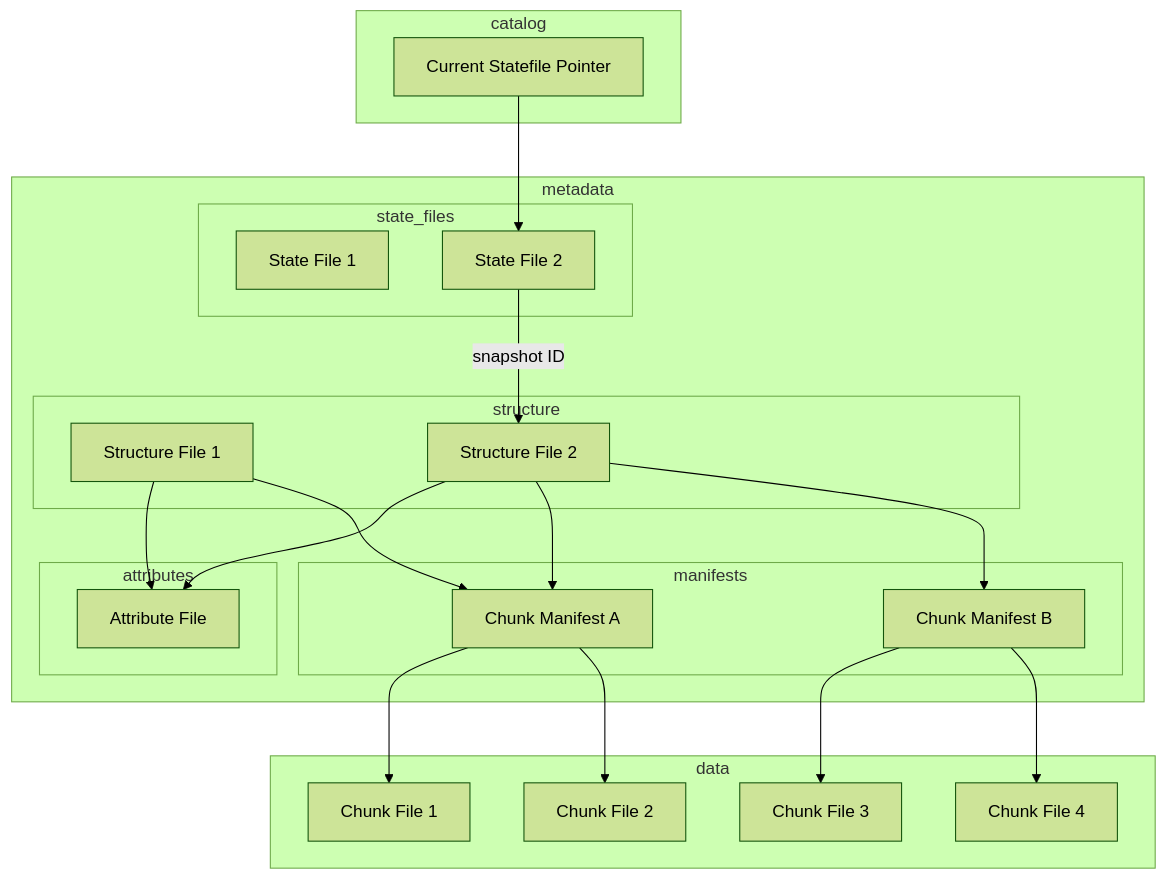
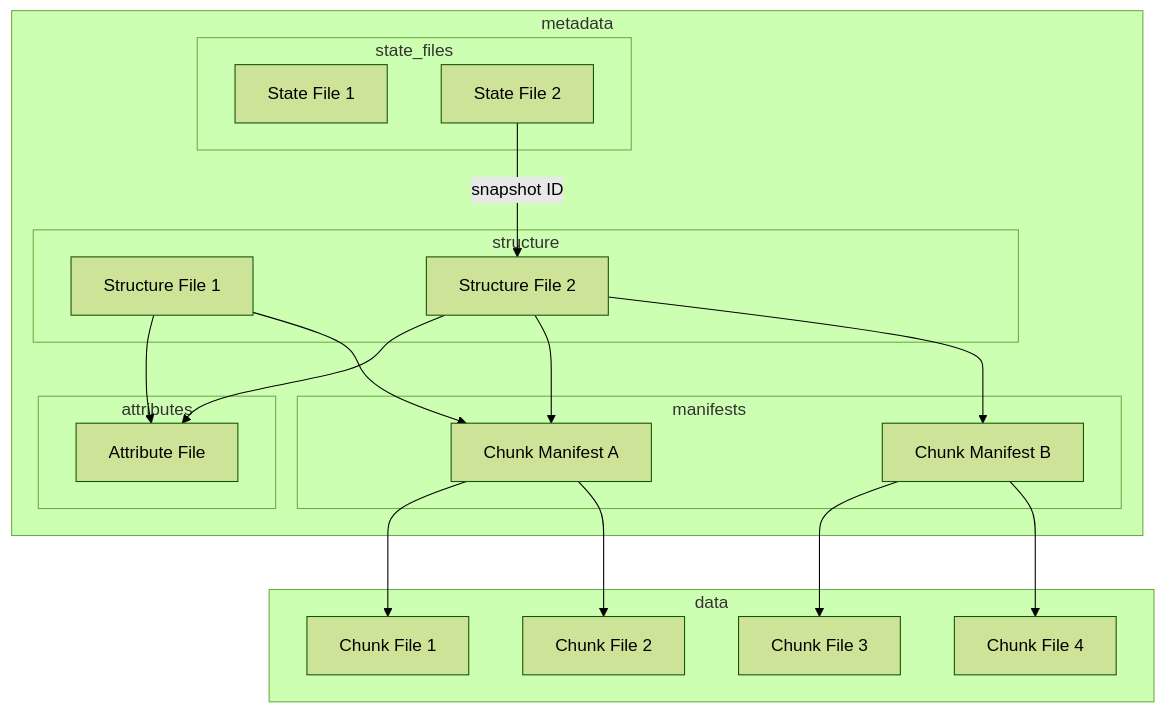
The diagram in spec/icechunk_spec.md (earth-mover/icechunk), drawn with Mermaid (forest theme) before and after one commit. The commit also changed other lines of this file, not shown here.

Commit message:
remove catalog

````diff
--- a/spec/icechunk_spec.md
+++ b/spec/icechunk_spec.md
@@ -65,42 +66,38 @@
 ```mermaid
 flowchart TD
-    subgraph catalog
-    cat_pointer[Current Statefile Pointer]
-    end
     subgraph metadata
     subgraph state_files
     old_state[State File 1]
     state[State File 2]
     end
     subgraph structure
     structure1[Structure File 1]
     structure2[Structure File 2]
     end
     subgraph attributes
     attrs[Attribute File]
     end
     subgraph manifests
     manifestA[Chunk Manifest A]
     manifestB[Chunk Manifest B]
     end
     end
     subgraph data
     chunk1[Chunk File 1]
     chunk2[Chunk File 2]
     chunk3[Chunk File 3]
     chunk4[Chunk File 4]
     end
     
-    cat_pointer --> state
     state -- snapshot ID --> structure2
     structure1 --> attrs
     structure1 --> manifestA
     structure2 --> attrs
     structure2 -->manifestA
     structure2 -->manifestB
     manifestA --> chunk1
     manifestA --> chunk2
     manifestB --> chunk3
     manifestB --> chunk4
     
 ```
````
